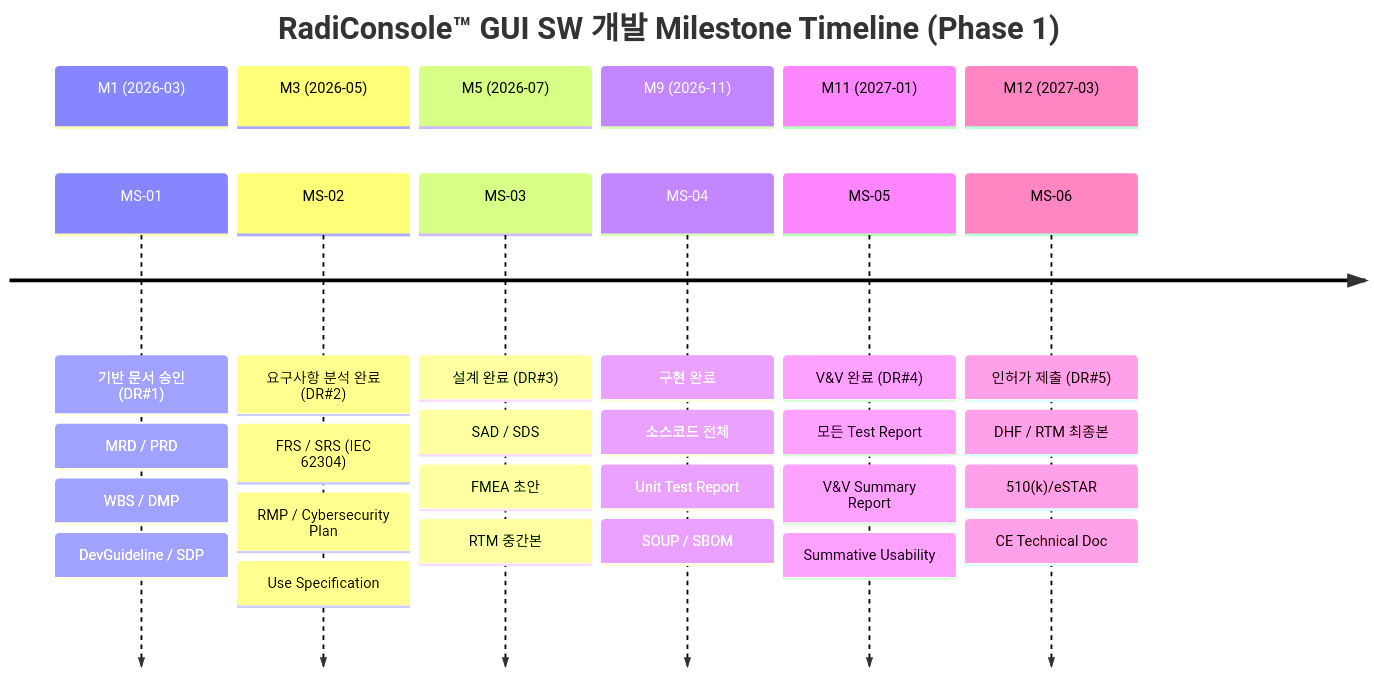
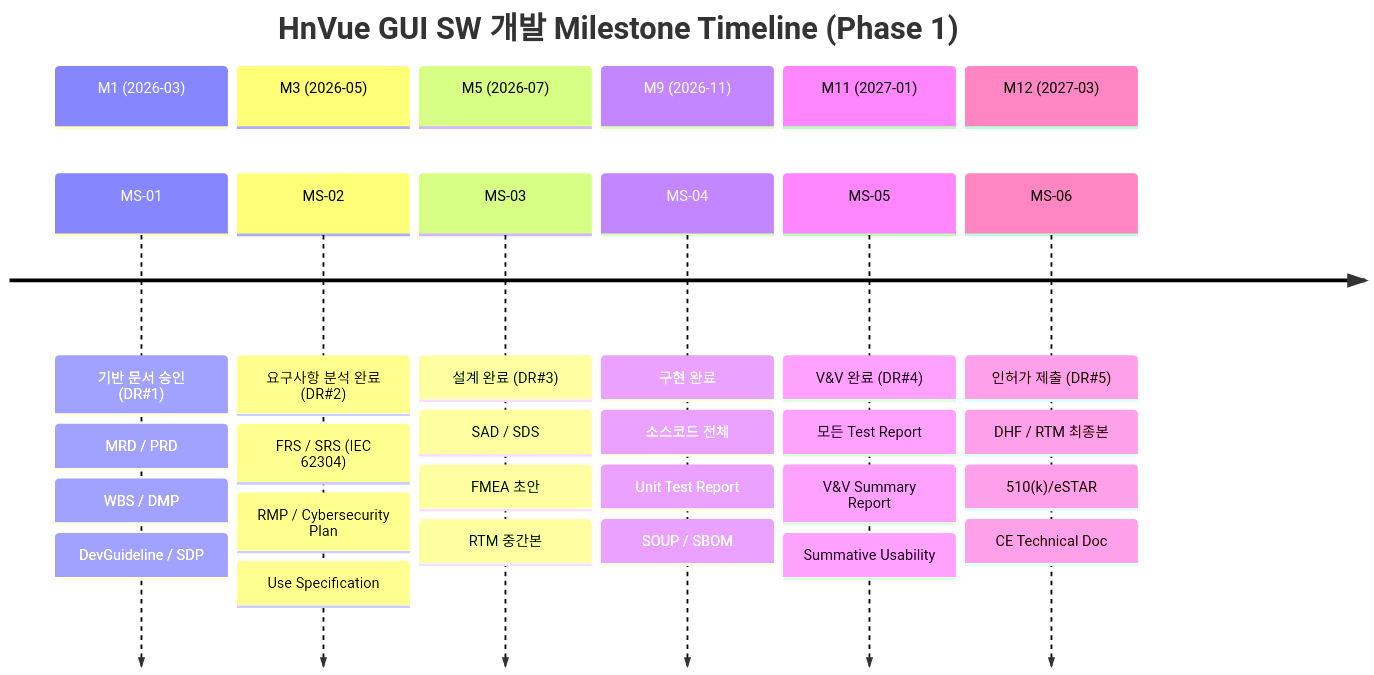
The fourth of 10 diagrams in docs/management/WBS-001_WBS_v1.0.md (holee9/console-gui), drawn with Mermaid before and after one commit. The commit also changed 34 other files, not shown here.

First line of the commit message:
fix: RadiConsole → HnVue 전체 일괄 변경 (35개 파일, 300건+)

````diff
--- a/docs/management/WBS-001_WBS_v1.0.md
+++ b/docs/management/WBS-001_WBS_v1.0.md
@@ -235,34 +235,34 @@
 ```mermaid
 timeline
-    title RadiConsole™ GUI SW 개발 Milestone Timeline (Phase 1)
+    title HnVue GUI SW 개발 Milestone Timeline (Phase 1)
     section M1 (2026-03)
         MS-01 : 기반 문서 승인 (DR#1)
               : MRD / PRD
               : WBS / DMP
               : DevGuideline / SDP
     section M3 (2026-05)
         MS-02 : 요구사항 분석 완료 (DR#2)
               : FRS / SRS (IEC 62304)
               : RMP / Cybersecurity Plan
               : Use Specification
     section M5 (2026-07)
         MS-03 : 설계 완료 (DR#3)
               : SAD / SDS
               : FMEA 초안
               : RTM 중간본
     section M9 (2026-11)
         MS-04 : 구현 완료
               : 소스코드 전체
               : Unit Test Report
               : SOUP / SBOM
     section M11 (2027-01)
         MS-05 : V&V 완료 (DR#4)
               : 모든 Test Report
               : V&V Summary Report
               : Summative Usability
     section M12 (2027-03)
         MS-06 : 인허가 제출 (DR#5)
               : DHF / RTM 최종본
               : 510(k)/eSTAR
               : CE Technical Doc
 ```
````
